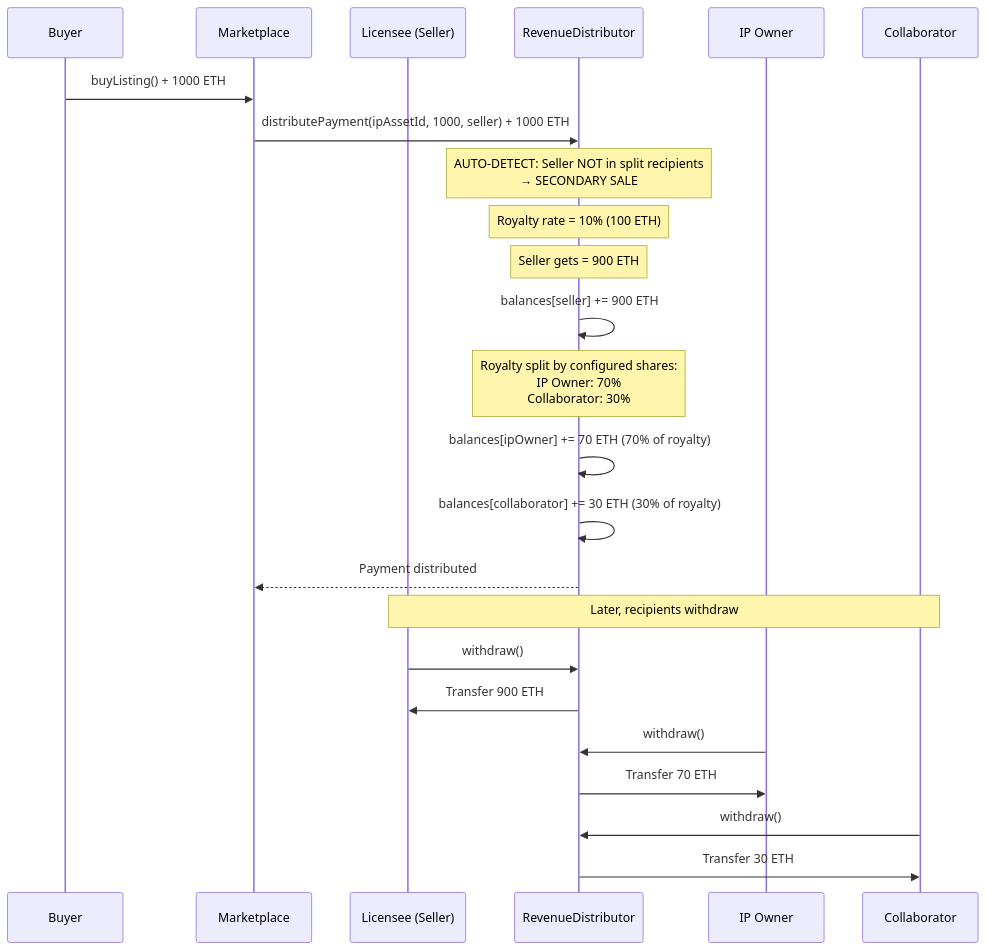
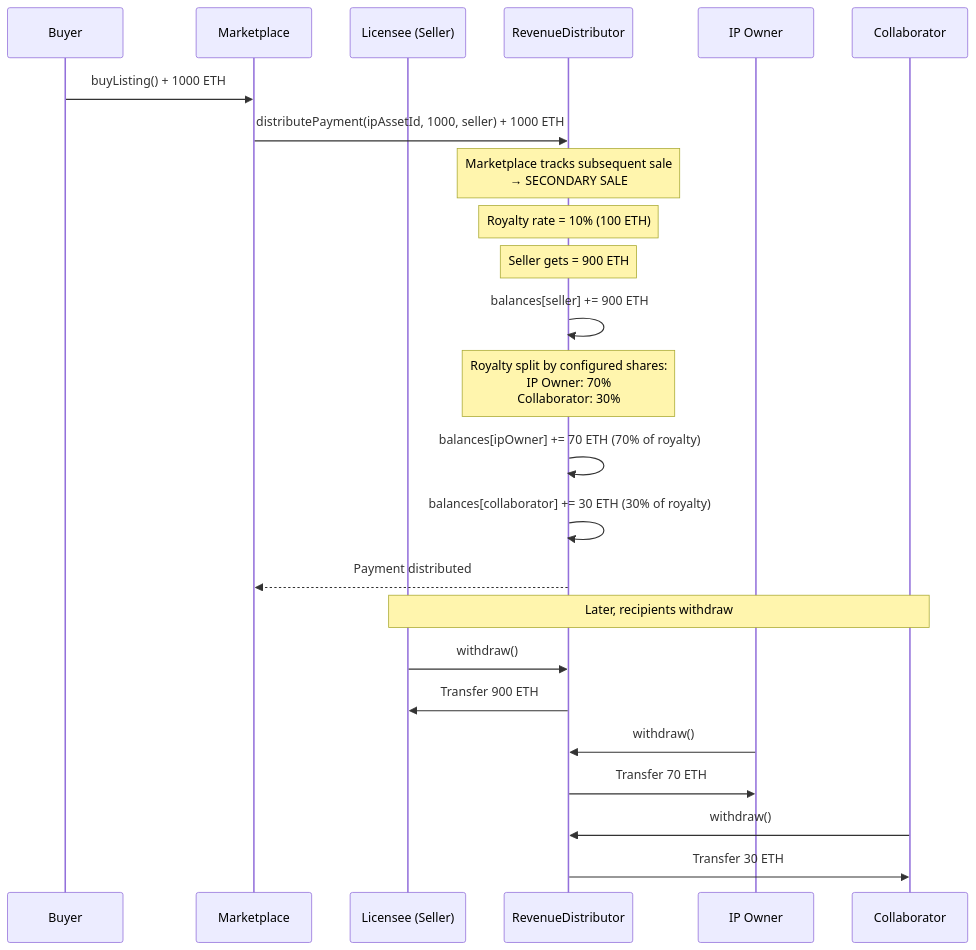
The third of 6 diagrams in docs/src/architecture/revenue-flow.md (nomadbitcoin/softlaw-marketplace-contracts), drawn with Mermaid before and after one commit. The commit also changed other lines of this file and 3 other files, not shown here.

````diff
--- a/docs/src/architecture/revenue-flow.md
+++ b/docs/src/architecture/revenue-flow.md
@@ -125,37 +123,37 @@
 ```mermaid
 sequenceDiagram
     participant Buyer
     participant MP as Marketplace
     participant Seller as Licensee (Seller)
     participant RD as RevenueDistributor
     participant IPOwner as IP Owner
     participant Collaborator
 
     Buyer->>MP: buyListing() + 1000 ETH
     MP->>RD: distributePayment(ipAssetId, 1000, seller) + 1000 ETH
 
-    Note over RD: AUTO-DETECT: Seller NOT in split recipients<br/>→ SECONDARY SALE
+    Note over RD: Marketplace tracks subsequent sale<br/>→ SECONDARY SALE
 
     Note over RD: Royalty rate = 10% (100 ETH)
     Note over RD: Seller gets = 900 ETH
 
     RD->>RD: balances[seller] += 900 ETH
 
     Note over RD: Royalty split by configured shares:<br/>IP Owner: 70%<br/>Collaborator: 30%
 
     RD->>RD: balances[ipOwner] += 70 ETH (70% of royalty)
     RD->>RD: balances[collaborator] += 30 ETH (30% of royalty)
 
     RD-->>MP: Payment distributed
 
     Note over Seller,Collaborator: Later, recipients withdraw
 
     Seller->>RD: withdraw()
     RD->>Seller: Transfer 900 ETH
 
     IPOwner->>RD: withdraw()
     RD->>IPOwner: Transfer 70 ETH
 
     Collaborator->>RD: withdraw()
     RD->>Collaborator: Transfer 30 ETH
 ```
````
